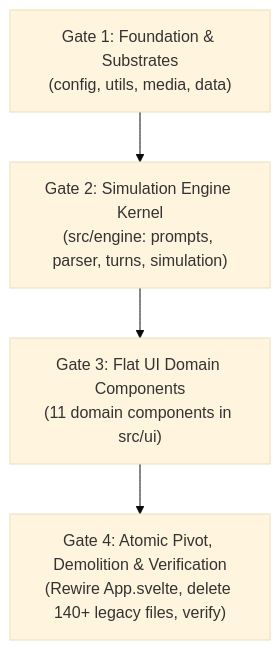
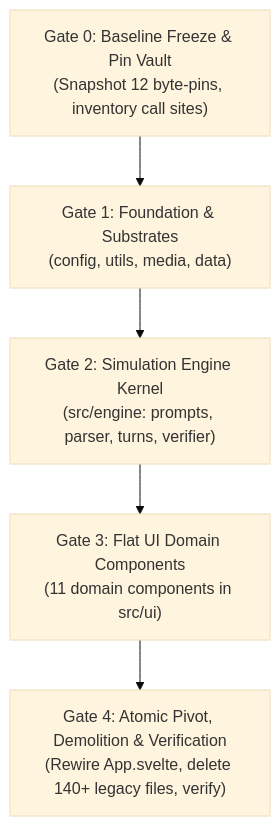
Before and after one commit to JooduG/RPGlitch: the diagram in nuclear-plan.md, drawn with Mermaid (base theme). The commit also changed other lines of this file and 1 other file, not shown here.

Commit message:
feat: add prompt architecture comparison document and update nuclear plan details

````diff
--- a/nuclear-plan.md
+++ b/nuclear-plan.md
@@ -209,6 +225,7 @@
 ```mermaid
 flowchart TD
-    G1["Gate 1: Foundation & Substrates<br>(config, utils, media, data)"] --> G2["Gate 2: Simulation Engine Kernel<br>(src/engine: prompts, parser, turns, simulation)"]
+    G0["Gate 0: Baseline Freeze & Pin Vault<br>(Snapshot 12 byte-pins, inventory call sites)"] --> G1["Gate 1: Foundation & Substrates<br>(config, utils, media, data)"]
+    G1 --> G2["Gate 2: Simulation Engine Kernel<br>(src/engine: prompts, parser, turns, verifier)"]
     G2 --> G3["Gate 3: Flat UI Domain Components<br>(11 domain components in src/ui)"]
     G3 --> G4["Gate 4: Atomic Pivot, Demolition & Verification<br>(Rewire App.svelte, delete 140+ legacy files, verify)"]
 ```
````
